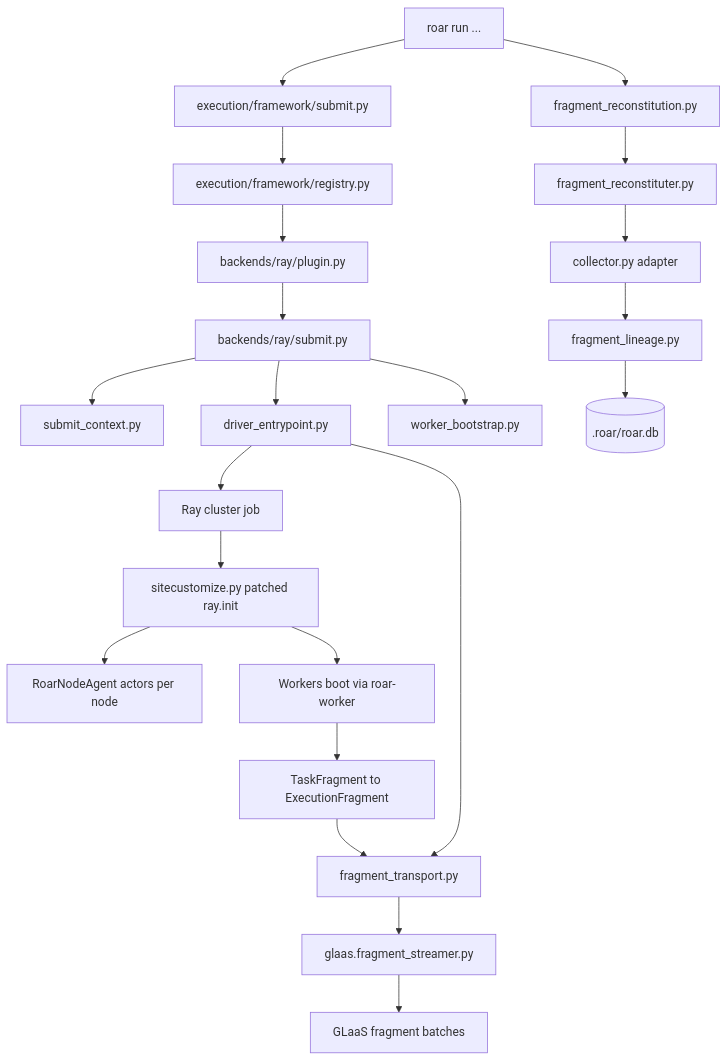
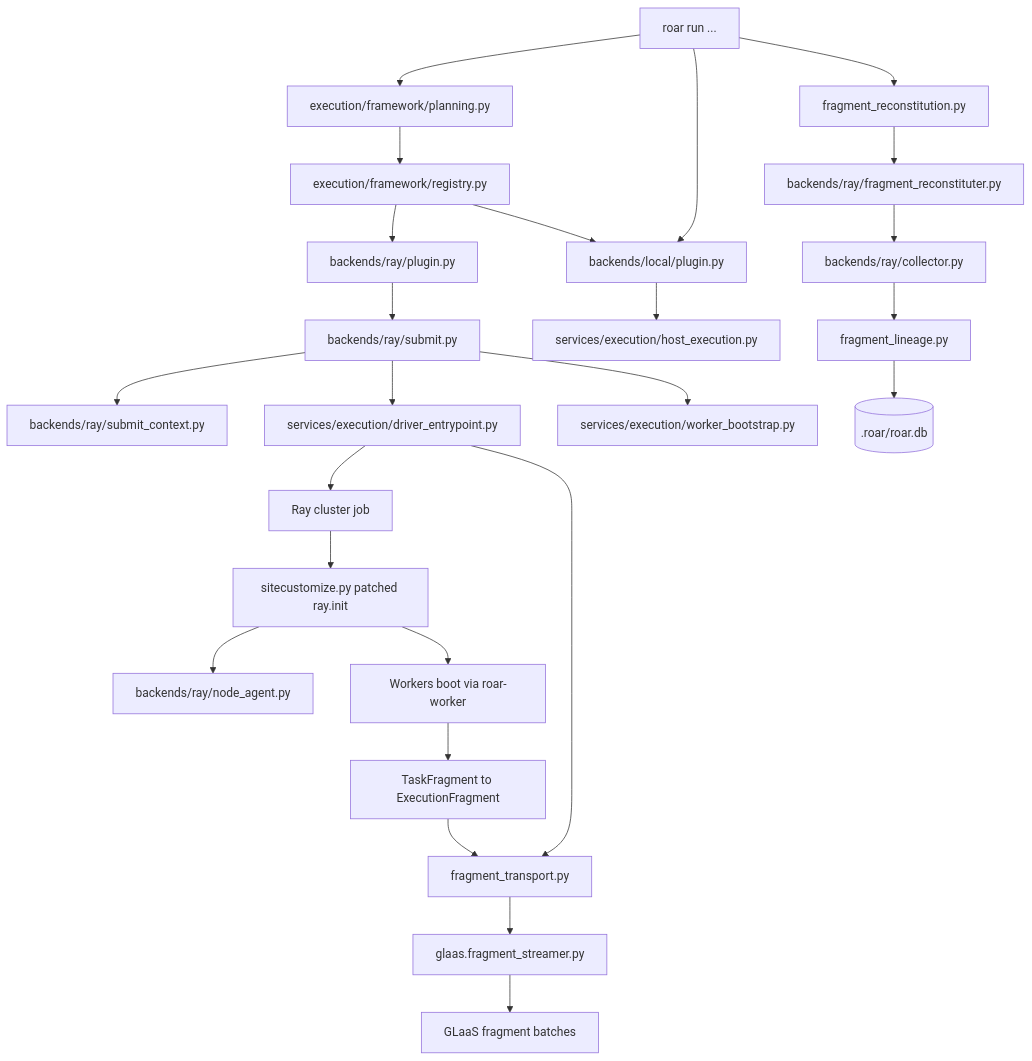
One commit to treqs/roar changed the first of 2 diagrams in docs/developer/ray-integration.md. Above: the diagram before and after it, drawn with Mermaid. The commit also changed other lines of this file and 30 other files, not shown here.

Commit message:
Generalize execution planning and add local backend

````diff
--- a/docs/developer/ray-integration.md
+++ b/docs/developer/ray-integration.md
@@ -24,24 +24,27 @@
 ```mermaid
 flowchart TD
-    A[roar run ...] --> B[execution/framework/submit.py]
+    A[roar run ...] --> B[execution/framework/planning.py]
     B --> C[execution/framework/registry.py]
+    C --> D0[backends/local/plugin.py]
     C --> D[backends/ray/plugin.py]
     D --> E[backends/ray/submit.py]
-    E --> F[submit_context.py]
-    E --> G[driver_entrypoint.py]
-    E --> H[worker_bootstrap.py]
+    E --> F[backends/ray/submit_context.py]
+    E --> G[services/execution/driver_entrypoint.py]
+    E --> H[services/execution/worker_bootstrap.py]
+    A --> D0
+    D0 --> H0[services/execution/host_execution.py]
     G --> I[Ray cluster job]
     I --> J[sitecustomize.py patched ray.init]
-    J --> K[RoarNodeAgent actors per node]
+    J --> K[backends/ray/node_agent.py]
     J --> L[Workers boot via roar-worker]
     L --> M[TaskFragment to ExecutionFragment]
     M --> N[fragment_transport.py]
     N --> O[glaas.fragment_streamer.py]
     O --> P[GLaaS fragment batches]
     A --> Q[fragment_reconstitution.py]
-    Q --> R[fragment_reconstituter.py]
-    R --> S[collector.py adapter]
+    Q --> R[backends/ray/fragment_reconstituter.py]
+    R --> S[backends/ray/collector.py]
     S --> T[fragment_lineage.py]
     T --> U[(.roar/roar.db)]
     G --> N
 ```
````
